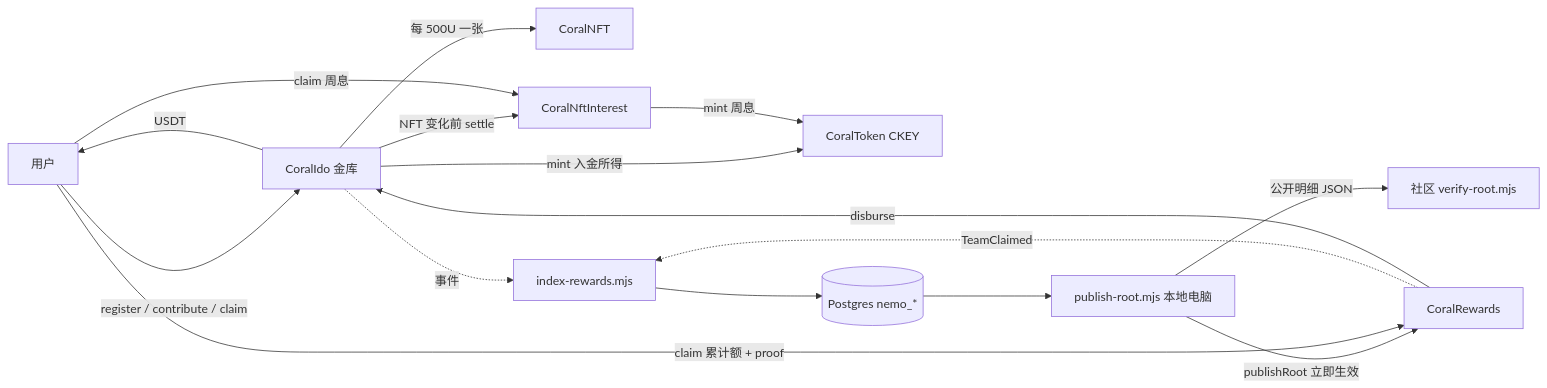
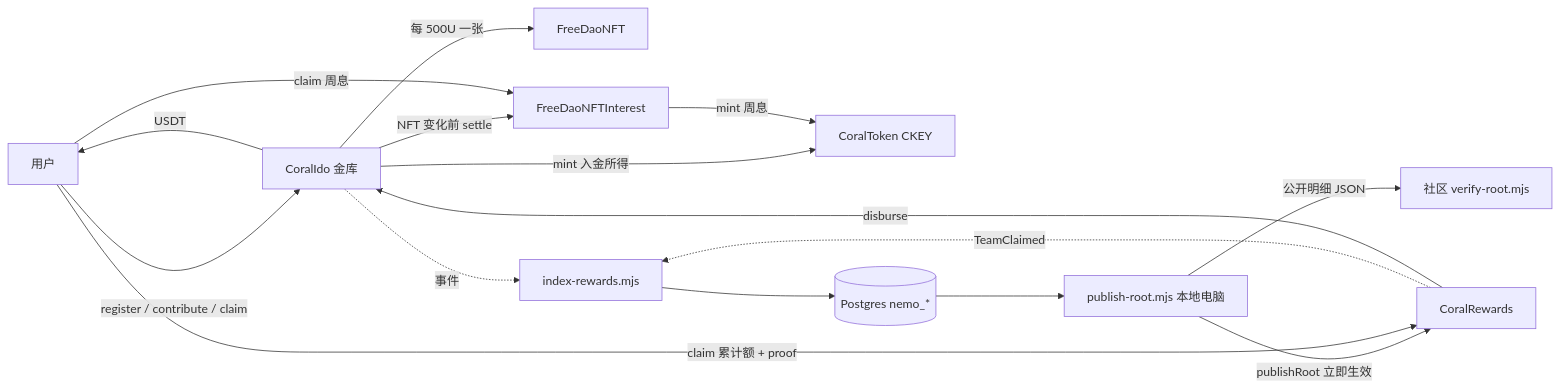
The first of 2 diagrams in FUNCTIONAL-REPORT.md (jackoelv/coral), drawn with Mermaid before and after one commit. The commit also changed other lines of this file and 21 other files, not shown here.

First line of the commit message:
Rename the NFT and interest contracts to FreeDaoNFT and FreeDaoNFTInterest.

````diff
--- a/FUNCTIONAL-REPORT.md
+++ b/FUNCTIONAL-REPORT.md
@@ -18,18 +18,18 @@
 ```mermaid
 flowchart LR
   User[用户] -->|register / contribute / claim| Vault[CoralIdo 金库]
   Vault -->|mint 入金所得| Token[CoralToken CKEY]
-  Vault -->|每 500U 一张| NFT[CoralNFT]
-  Vault -->|NFT 变化前 settle| Interest[CoralNftInterest]
+  Vault -->|每 500U 一张| NFT[FreeDaoNFT]
+  Vault -->|NFT 变化前 settle| Interest[FreeDaoNFTInterest]
   User -->|claim 周息| Interest
   Interest -->|mint 周息| Token
   Vault -.事件.-> Indexer[index-rewards.mjs]
   Rewards -.TeamClaimed.-> Indexer
   Indexer --> DB[(Postgres nemo_*)]
   DB --> Publisher[publish-root.mjs 本地电脑]
   Publisher -->|publishRoot 立即生效| Rewards[CoralRewards]
   Publisher -->|公开明细 JSON| Public[社区 verify-root.mjs]
   User -->|claim 累计额 + proof| Rewards
   Rewards -->|disburse| Vault
   Vault -->|USDT| User
 ```
````
